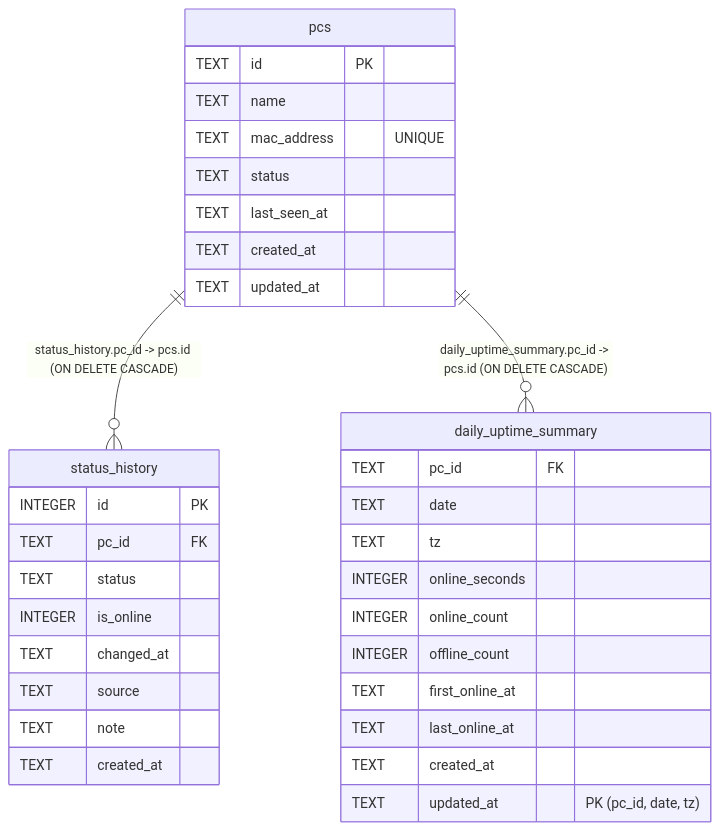
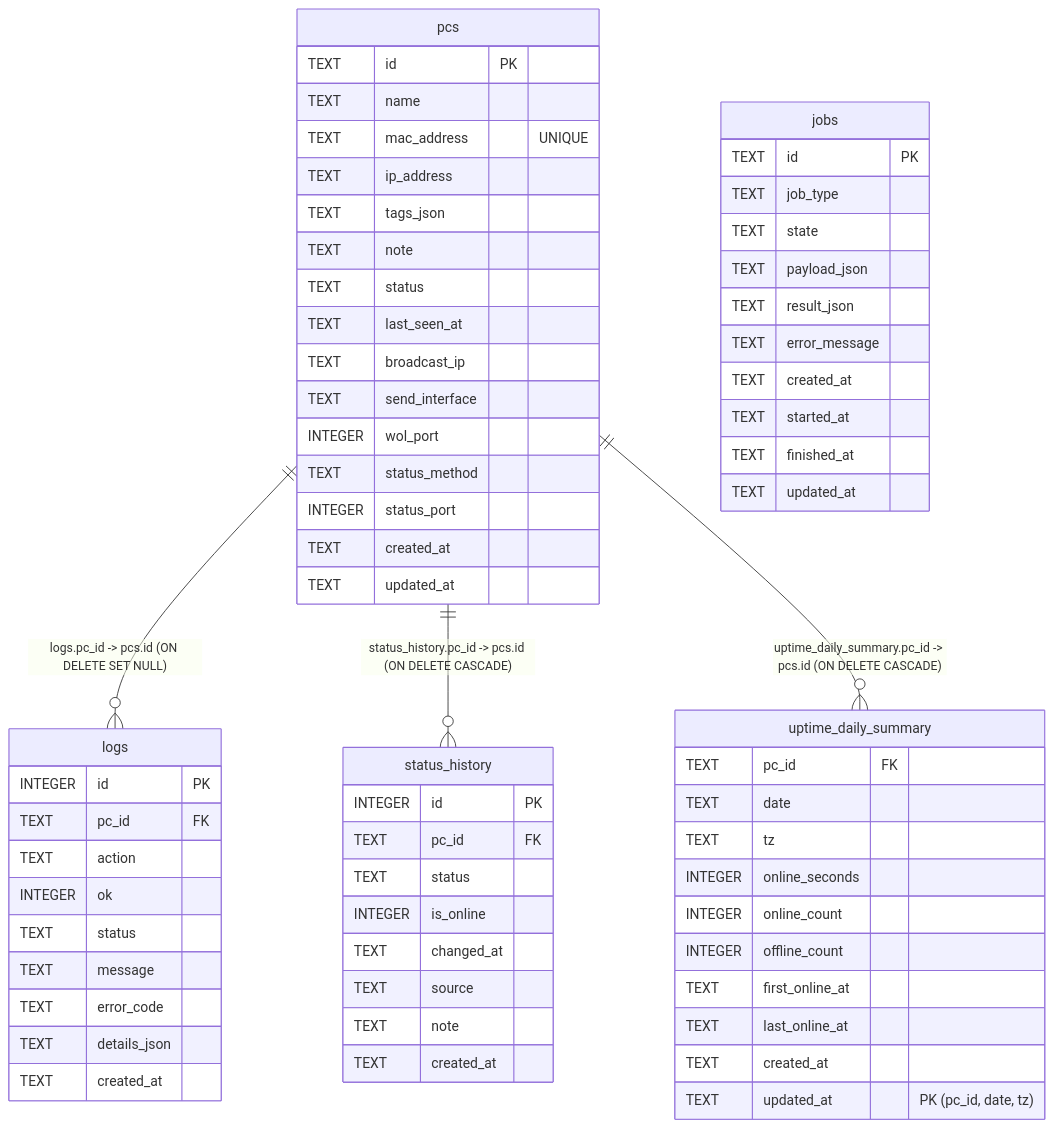
The diagram in docs/backend/db/er.md (htomoya16/raspi-vpn-wol), drawn with Mermaid before and after one commit. The commit also changed 34 other files, not shown here.

````diff
--- a/docs/backend/db/er.md
+++ b/docs/backend/db/er.md
@@ -66,40 +17,74 @@
 ```mermaid
 erDiagram
     pcs {
         TEXT id PK
         TEXT name
         TEXT mac_address "UNIQUE"
+        TEXT ip_address
+        TEXT tags_json
+        TEXT note
         TEXT status
         TEXT last_seen_at
+        TEXT broadcast_ip
+        TEXT send_interface
+        INTEGER wol_port
+        TEXT status_method
+        INTEGER status_port
         TEXT created_at
         TEXT updated_at
     }
 
     status_history {
         INTEGER id PK
         TEXT pc_id FK
         TEXT status
         INTEGER is_online
         TEXT changed_at
         TEXT source
         TEXT note
         TEXT created_at
     }
 
-    daily_uptime_summary {
+    uptime_daily_summary {
         TEXT pc_id FK
         TEXT date
         TEXT tz
         INTEGER online_seconds
         INTEGER online_count
         INTEGER offline_count
         TEXT first_online_at
         TEXT last_online_at
         TEXT created_at
         TEXT updated_at
         "PK (pc_id, date, tz)"
     }
 
+    logs {
+        INTEGER id PK
+        TEXT pc_id FK
+        TEXT action
+        INTEGER ok
+        TEXT status
+        TEXT message
+        TEXT error_code
+        TEXT details_json
+        TEXT created_at
+    }
+
+    jobs {
+        TEXT id PK
+        TEXT job_type
+        TEXT state
+        TEXT payload_json
+        TEXT result_json
+        TEXT error_message
+        TEXT created_at
+        TEXT started_at
+        TEXT finished_at
+        TEXT updated_at
+    }
+
+    pcs ||--o{ logs : "logs.pc_id -> pcs.id (ON DELETE SET NULL)"
     pcs ||--o{ status_history : "status_history.pc_id -> pcs.id (ON DELETE CASCADE)"
-    pcs ||--o{ daily_uptime_summary : "daily_uptime_summary.pc_id -> pcs.id (ON DELETE CASCADE)"
+    pcs ||--o{ uptime_daily_summary : "uptime_daily_summary.pc_id -> pcs.id (ON DELETE CASCADE)"
 ```
````
